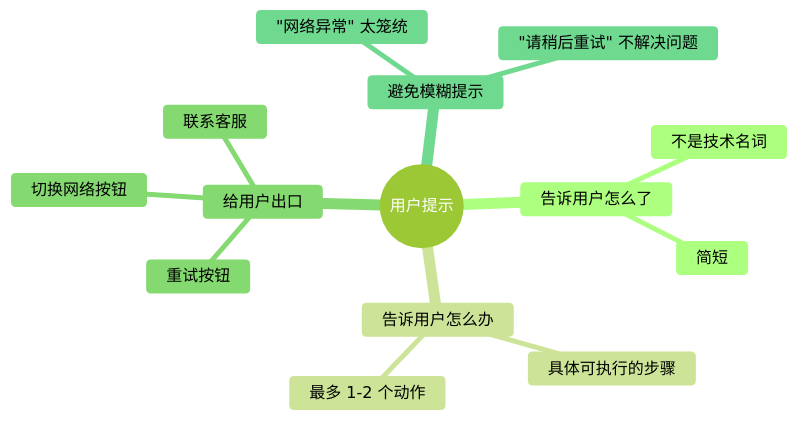
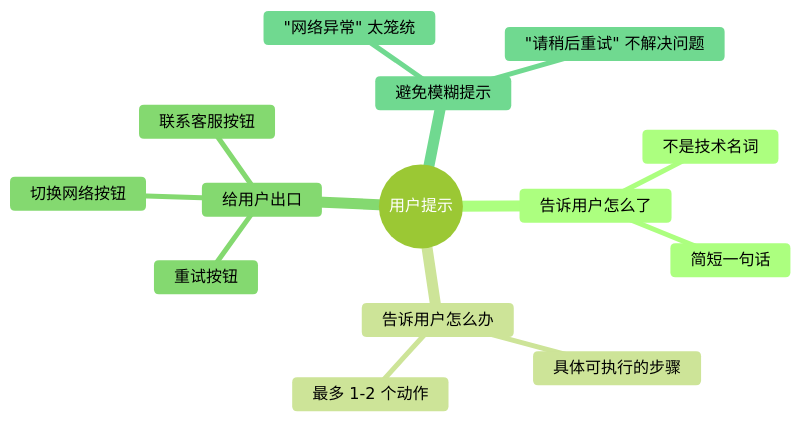
The eighth of 13 diagrams in docs/10.真经/05.方案设计思想/13.网络检测方案设计.md (chongyang211/YCBookBlog), drawn with Mermaid (forest theme) before and after one commit. The commit also changed other lines of this file and 36 other files, not shown here.

````diff
--- a/docs/10.真经/05.方案设计思想/13.网络检测方案设计.md
+++ b/docs/10.真经/05.方案设计思想/13.网络检测方案设计.md
@@ -486,17 +846,17 @@
 ```mermaid
 mindmap
   root((用户提示))
     告诉用户怎么了
       不是技术名词
-      简短
+      简短一句话
     告诉用户怎么办
       具体可执行的步骤
       最多 1-2 个动作
     给用户出口
       重试按钮
       切换网络按钮
-      联系客服
+      联系客服按钮
     避免模糊提示
       "网络异常" 太笼统
       "请稍后重试" 不解决问题
 ```
````
